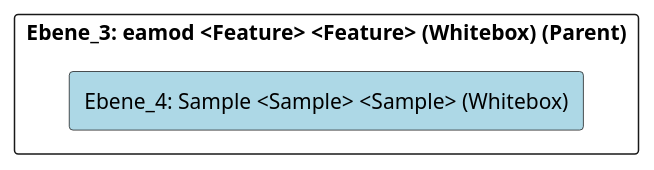
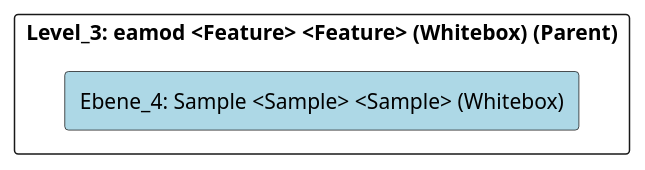
One commit to marcozwyssig/cleon changed the diagram in doc/cleonproject_deliverables_architecture_model_architecture/adoc/de/05_bausteinsicht/cleon/architecture_methods/eamod/sample/ebene_4_sample.adoc. Above: the diagram before and after it, drawn with PlantUML. The commit also changed other lines of this file and 169 other files, not shown here.

```diff
--- a/doc/cleonproject_deliverables_architecture_model_architecture/adoc/de/05_bausteinsicht/cleon/architecture_methods/eamod/sample/ebene_4_sample.adoc
+++ b/doc/cleonproject_deliverables_architecture_model_architecture/adoc/de/05_bausteinsicht/cleon/architecture_methods/eamod/sample/ebene_4_sample.adoc
@@ -20,24 +20,24 @@
 [plantuml, Ebene_4: Sample <Sample> <Sample> (Whitebox)BlockOverview, format="svg"]
 ----
 @startuml Ebene_4: Sample <Sample> <Sample> (Whitebox)BuildingBlockOverview
 
 skinparam ranksep 10
 skinparam componentStyle rectangle
 skinparam shadowing false
 skinparam arrowColor lightblue
 skinparam arrowThickness 1.2
 skinparam rectangle {
   BackgroundColor White
   BorderColor #333
   RoundCorner 10
 }
 top to bottom direction
 
-component "Ebene_3: eamod <Feature> <Feature> (Whitebox) (Parent)" {
+component "Level_3: eamod <Feature> <Feature> (Whitebox) (Parent)" {
     component "Ebene_4: Sample <Sample> <Sample> (Whitebox)" #lightblue {
     }
 
 }
 
 @enduml
 ----
```
